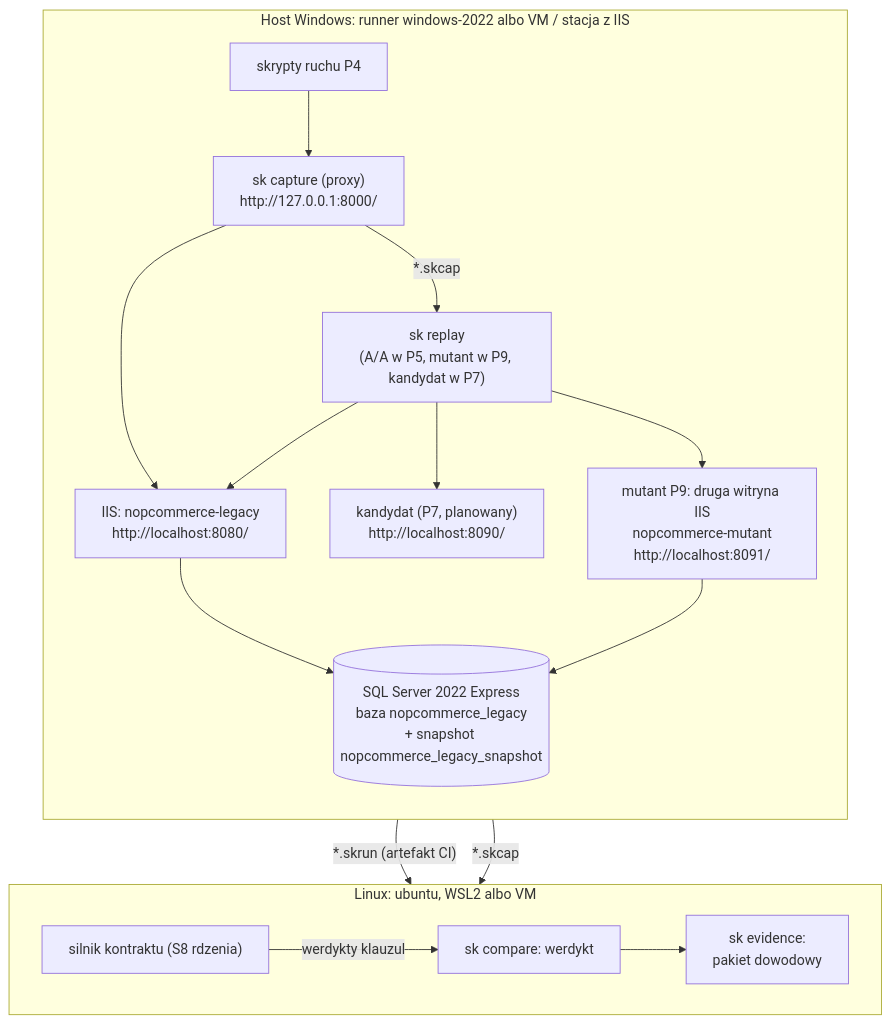
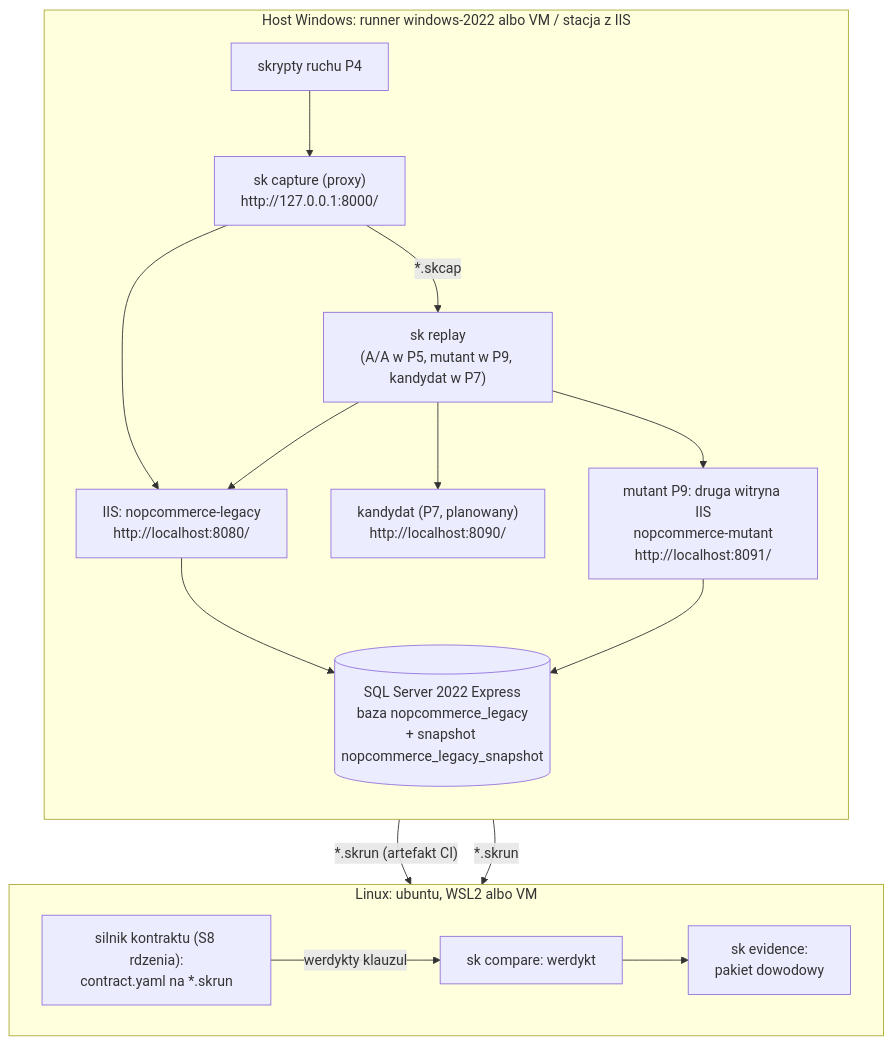
The diagram in docs/diagrams/a7-topologia-bench.mmd (konradcinkusz/letsgolegacy.secondkey), drawn with Mermaid before and after one commit. The commit also changed 2 other files, not shown here.

First paragraph of the commit message:
Docs audit 7: bench chapter (11) and diagrams a7, a11 checked against the bench at 98d88d8
Fixes, each against the repositories at the pinned commits, the GitHub API or the job
logs of the CI runs:

```diff
--- a/docs/diagrams/a7-topologia-bench.mmd
+++ b/docs/diagrams/a7-topologia-bench.mmd
@@ -1,20 +1,20 @@
 flowchart TB
   subgraph WIN["Host Windows: runner windows-2022 albo VM / stacja z IIS"]
     direction TB
     GEN["skrypty ruchu P4"] --> PROXY["sk capture (proxy)<br/>http://127.0.0.1:8000/"]
     PROXY --> IIS["IIS: nopcommerce-legacy<br/>http://localhost:8080/"]
     IIS --> SQL[("SQL Server 2022 Express<br/>baza nopcommerce_legacy<br/>+ snapshot nopcommerce_legacy_snapshot")]
     PROXY -- "*.skcap" --> REPLAY["sk replay<br/>(A/A w P5, mutant w P9, kandydat w P7)"]
     REPLAY --> IIS
     REPLAY --> CAND["kandydat (P7, planowany)<br/>http://localhost:8090/"]
     REPLAY --> MUT["mutant P9: druga witryna IIS<br/>nopcommerce-mutant<br/>http://localhost:8091/"]
     MUT --> SQL
   end
   subgraph LNX["Linux: ubuntu, WSL2 albo VM"]
     direction LR
-    CONTRACT["silnik kontraktu (S8 rdzenia)"]
+    CONTRACT["silnik kontraktu (S8 rdzenia):<br/>contract.yaml na *.skrun"]
     COMPARE["sk compare: werdykt"] --> EVID["sk evidence:<br/>pakiet dowodowy"]
     CONTRACT -- "werdykty klauzul" --> COMPARE
   end
   REPLAY -- "*.skrun (artefakt CI)" --> COMPARE
-  PROXY -- "*.skcap" --> CONTRACT
+  REPLAY -- "*.skrun" --> CONTRACT
```
